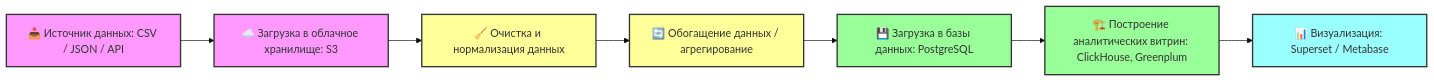
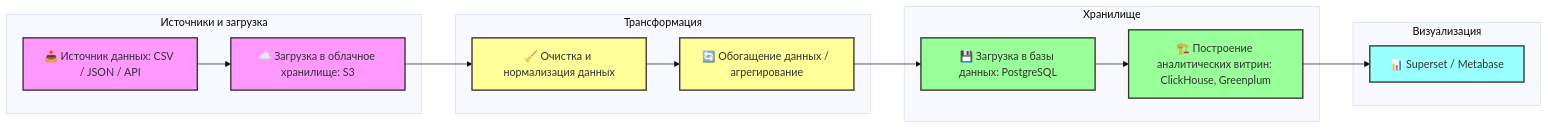
One commit to Dia-no-Ace/Dia-no-Ace changed the diagram in README.md. Above: the diagram before and after it, drawn with Mermaid (base theme).

````diff
--- a/README.md
+++ b/README.md
@@ -29,27 +29,35 @@
 ```mermaid
 flowchart LR
-    %% Источники данных
-    A[📥 Источник данных: CSV / JSON / API] --> B[☁️ Загрузка в облачное хранилище: S3]
-    
-    %% Трансформация
-    B --> C[🧹 Очистка и нормализация данных]
-    C --> D[🔄 Обогащение данных / агрегирование]
-    
-    %% Хранилище
-    D --> E[💾 Загрузка в базы данных: PostgreSQL]
-    E --> F[🏗️ Построение аналитических витрин: ClickHouse, Greenplum]
-    
-    %% Анализ и визуализация
-    F --> G[📊 Визуализация: Superset / Metabase]
+    %% Первый уровень: источники и загрузка
+    subgraph Источники и загрузка
+        A[📥 Источник данных: CSV / JSON / API] --> B[☁️ Загрузка в облачное хранилище: S3]
+    end
+
+    %% Второй уровень: трансформация
+    subgraph Трансформация
+        B --> C[🧹 Очистка и нормализация данных]
+        C --> D[🔄 Обогащение данных / агрегирование]
+    end
+
+    %% Третий уровень: хранилище
+    subgraph Хранилище
+        D --> E[💾 Загрузка в базы данных: PostgreSQL]
+        E --> F[🏗️ Построение аналитических витрин: ClickHouse, Greenplum]
+    end
+
+    %% Четвертый уровень: визуализация
+    subgraph Визуализация
+        F --> G[📊 Superset / Metabase]
+    end
 
     %% Стили
     classDef source fill:#f9f,stroke:#333,stroke-width:2px;
     classDef transform fill:#ff9,stroke:#333,stroke-width:2px;
     classDef storage fill:#9f9,stroke:#333,stroke-width:2px;
     classDef analytics fill:#9ff,stroke:#333,stroke-width:2px;
 
     class A,B source;
     class C,D transform;
     class E,F storage;
     class G analytics;
 ```
````
